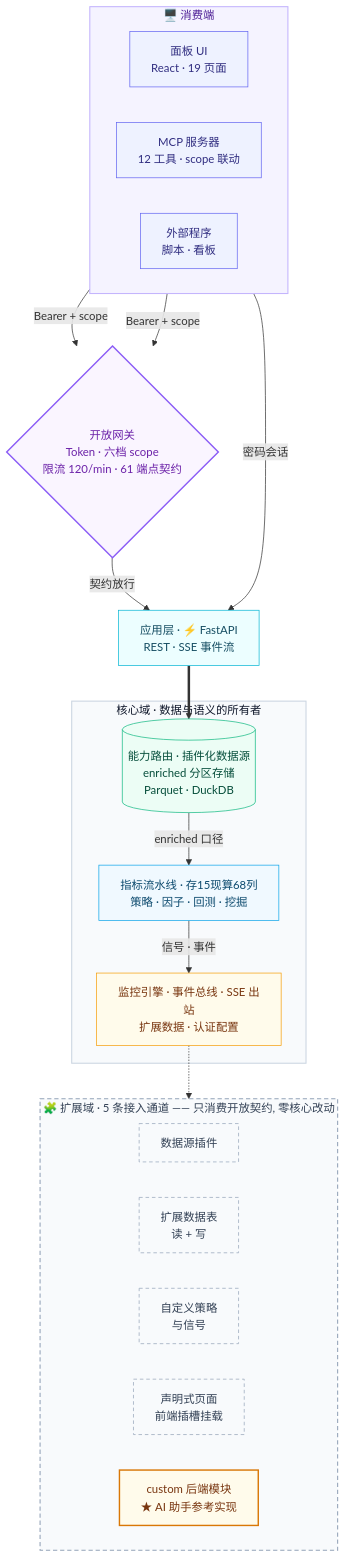
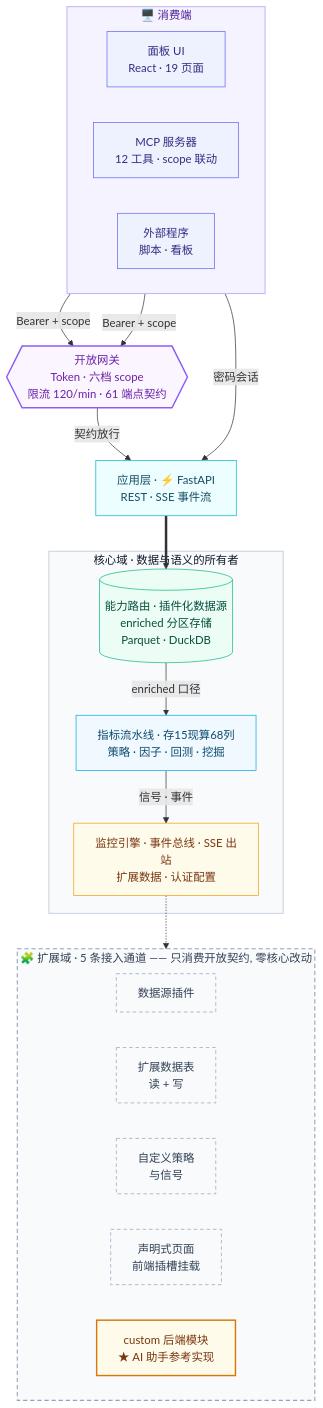
The diagram in README.md (GiannisLiu/tick-stock-panel), drawn with Mermaid before and after one commit. The commit also changed other lines of this file and 192 other files, not shown here.

````diff
--- a/README.md
+++ b/README.md
@@ -278,59 +278,59 @@
 ```mermaid
 flowchart TB
     subgraph CLIENTS["🖥️ 消费端"]
         direction LR
         UI["面板 UI<br/>React · 19 页面"]
         MCP["MCP 服务器<br/>12 工具 · scope 联动"]
         APPC["外部程序<br/>脚本 · 看板"]
     end
 
-    GW{"开放网关<br/>Token · 六档 scope<br/>限流 120/min · 61 端点契约"}
+    GW{{"开放网关<br/>Token · 六档 scope<br/>限流 120/min · 61 端点契约"}}
 
     API["应用层 · ⚡ FastAPI<br/>REST · SSE 事件流"]
 
     subgraph CORE["核心域 · 数据与语义的所有者"]
         S1[("能力路由 · 插件化数据源<br/>enriched 分区存储<br/>Parquet · DuckDB")]
         S2["指标流水线 · 存15现算68列<br/>策略 · 因子 · 回测 · 挖掘"]
         S3["监控引擎 · 事件总线 · SSE 出站<br/>扩展数据 · 认证配置"]
         S1 -->|"enriched 口径"| S2
         S2 -->|"信号 · 事件"| S3
     end
 
     subgraph EXT["🧩 扩展域 · 5 条接入通道 —— 只消费开放契约, 零核心改动"]
         direction LR
         X1["数据源插件"]
         X2["扩展数据表<br/>读 + 写"]
         X3["自定义策略<br/>与信号"]
         X4["声明式页面<br/>前端插槽挂载"]
         X5["custom 后端模块<br/>★ AI 助手参考实现"]
     end
 
     UI -->|"密码会话"| API
     MCP -->|"Bearer + scope"| GW
     APPC -->|"Bearer + scope"| GW
     GW -->|"契约放行"| API
     API ==> S1
     S3 -.-> X3
 
     classDef client fill:#eef2ff,stroke:#6366f1,color:#312e81
     classDef gate fill:#faf5ff,stroke:#8b5cf6,color:#6b21a8,stroke-width:2px
     classDef svc fill:#ecfeff,stroke:#06b6d4,color:#164e63
     classDef fdn fill:#ecfdf5,stroke:#10b981,color:#064e3b
     classDef cmp fill:#f0f9ff,stroke:#0ea5e9,color:#0c4a6e
     classDef pdc fill:#fffbeb,stroke:#f59e0b,color:#78350f
     classDef ext fill:#f8fafc,stroke:#94a3b8,color:#334155,stroke-dasharray:5 4
     classDef star fill:#fffbeb,stroke:#d97706,color:#78350f,stroke-width:2px
 
     class UI,MCP,APPC client
     class GW gate
     class API svc
     class S1 fdn
     class S2 cmp
     class S3 pdc
     class X1,X2,X3,X4 ext
     class X5 star
 
     style CLIENTS fill:#f5f3ff,stroke:#c4b5fd,stroke-width:1.5px,color:#4c1d95
     style CORE fill:#f8fafc,stroke:#cbd5e1,stroke-width:1.5px,color:#0f172a
     style EXT fill:#f8fafc,stroke:#94a3b8,stroke-width:1.5px,stroke-dasharray:6 4,color:#334155
 ```
````
